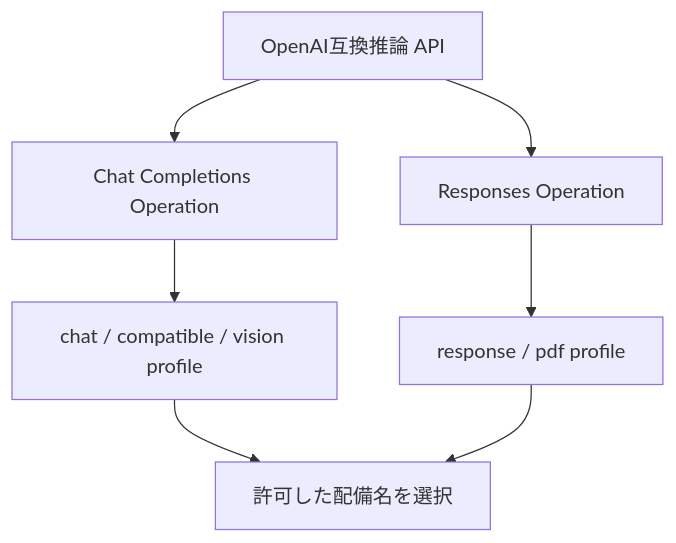
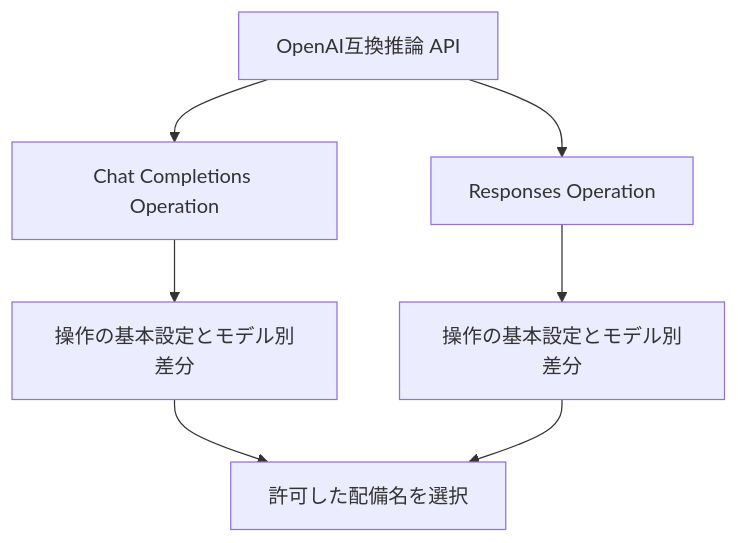
The diagram in docs/reference/api-design-proposal.md (hrkd83/egakumi), drawn with Mermaid before and after one commit. The commit also changed other lines of this file and 170 other files, not shown here.

````diff
--- a/docs/reference/api-design-proposal.md
+++ b/docs/reference/api-design-proposal.md
@@ -39,9 +39,9 @@
 ```mermaid
 flowchart TD
     API[OpenAI互換推論 API] --> Chat[Chat Completions Operation]
     API --> Responses[Responses Operation]
-    Chat --> Text[chat / compatible / vision profile]
-    Responses --> Input[response / pdf profile]
+    Chat --> Text[操作の基本設定とモデル別差分]
+    Responses --> Input[操作の基本設定とモデル別差分]
     Text --> Models[許可した配備名を選択]
     Input --> Models
 ```
````
